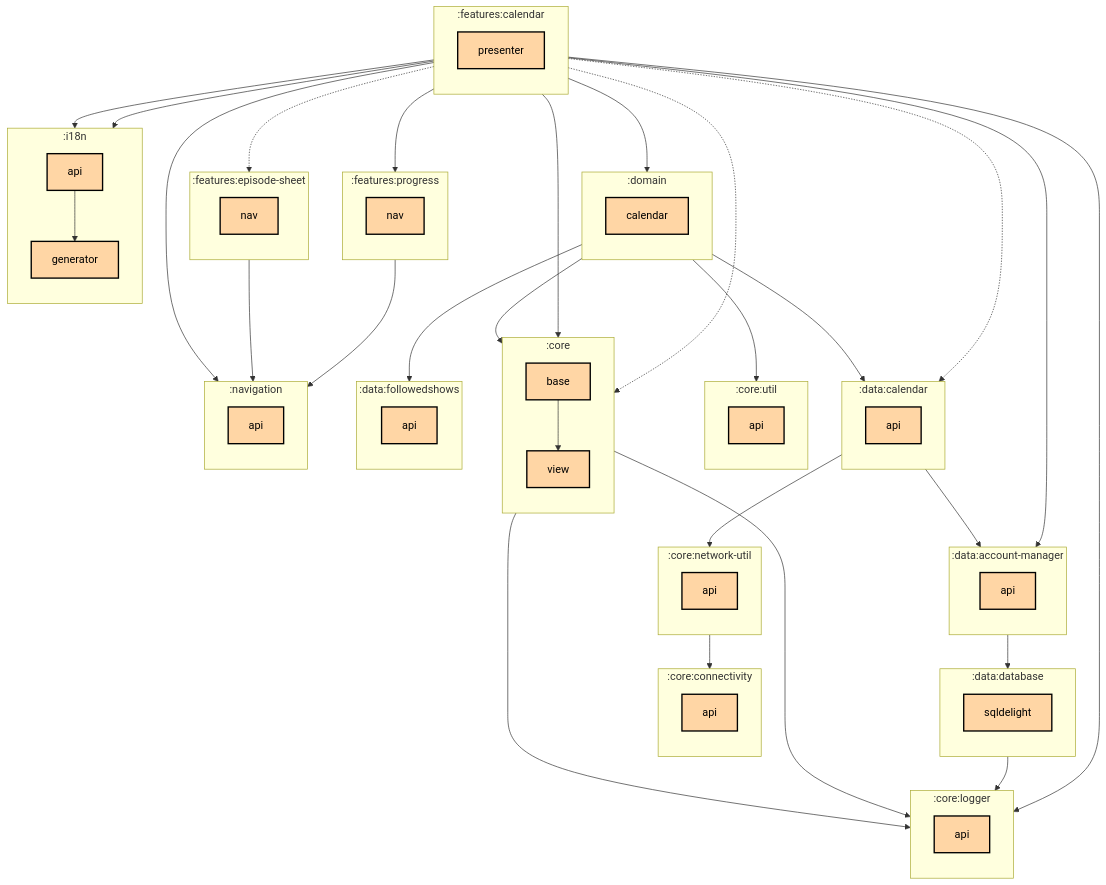
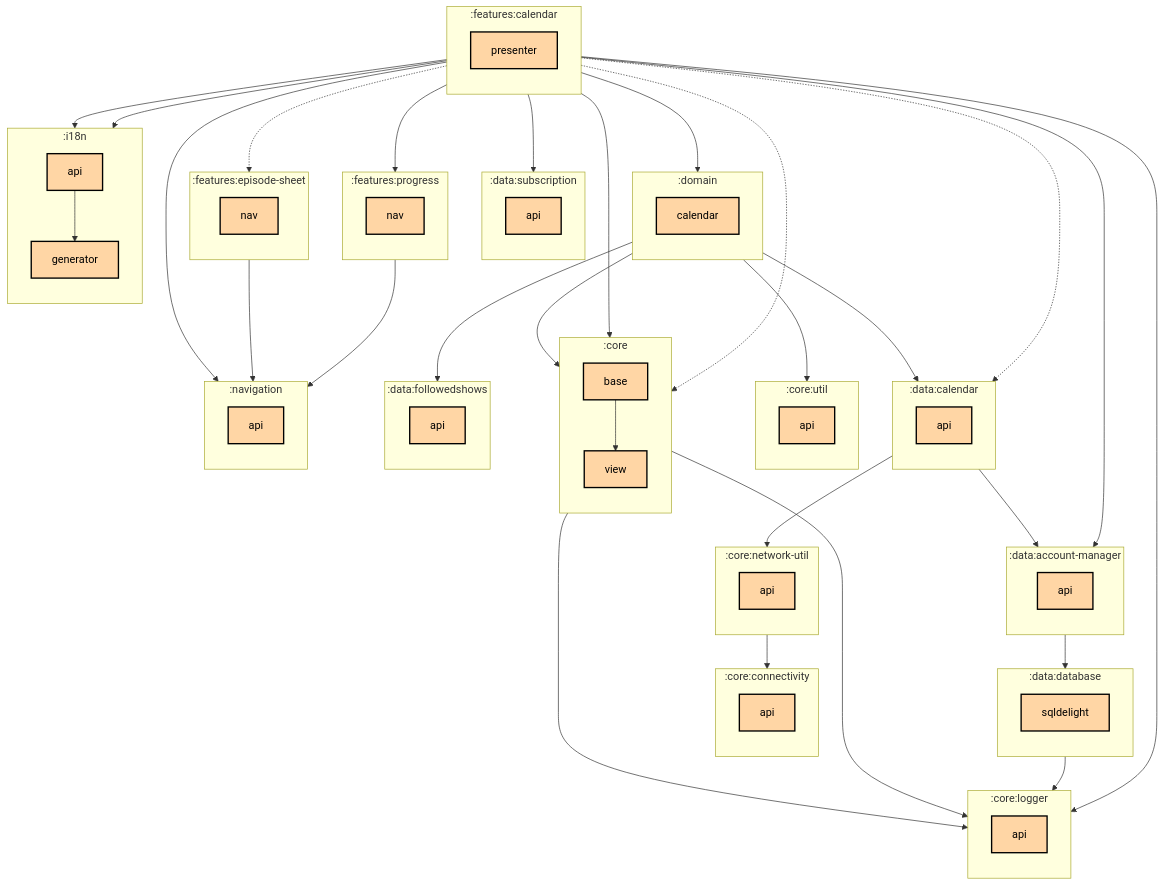
Before and after one commit to thomaskioko/tv-maniac: the first of 2 diagrams in features/calendar/presenter/README.md, drawn with Mermaid. The commit also changed 10 other files, not shown here.

Commit message:
🤖 Update module graphs

```diff
--- a/features/calendar/presenter/README.md
+++ b/features/calendar/presenter/README.md
@@ -41,6 +41,10 @@
   subgraph :data:followedshows
     direction TB
     :data:followedshows:api[api]:::multiplatform
+  end
+  subgraph :data:subscription
+    direction TB
+    :data:subscription:api[api]:::multiplatform
   end
   subgraph :domain
     direction TB
@@ -85,6 +89,7 @@
   :features:calendar:presenter --> :core:view
   :features:calendar:presenter --> :data:account-manager:api
   :features:calendar:presenter -.-> :data:calendar:api
+  :features:calendar:presenter --> :data:subscription:api
   :features:calendar:presenter --> :domain:calendar
   :features:calendar:presenter -.-> :features:episode-sheet:nav
   :features:calendar:presenter --> :features:progress:nav
```
